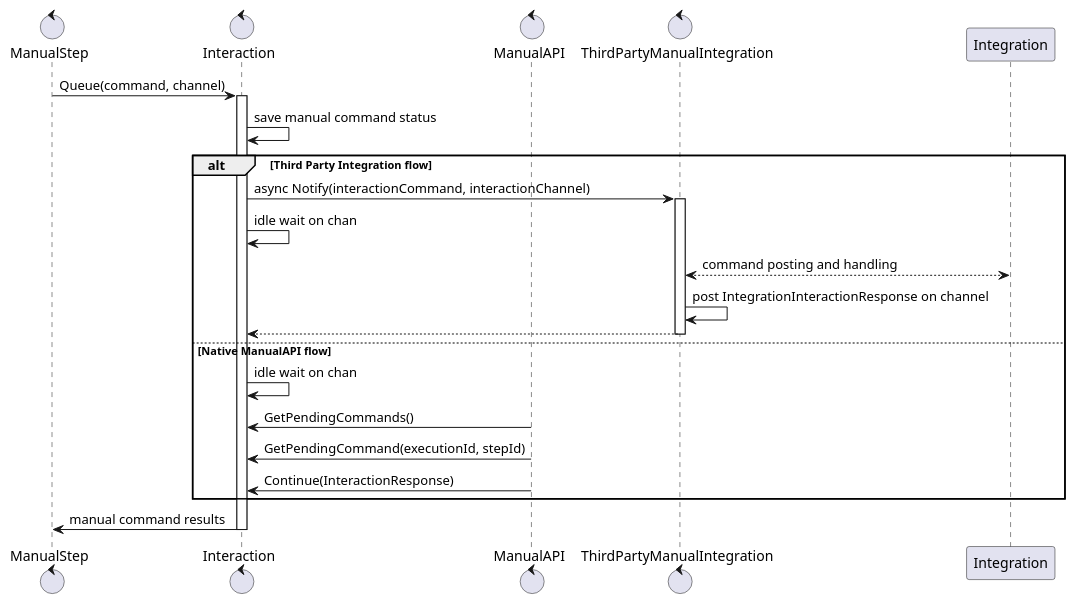
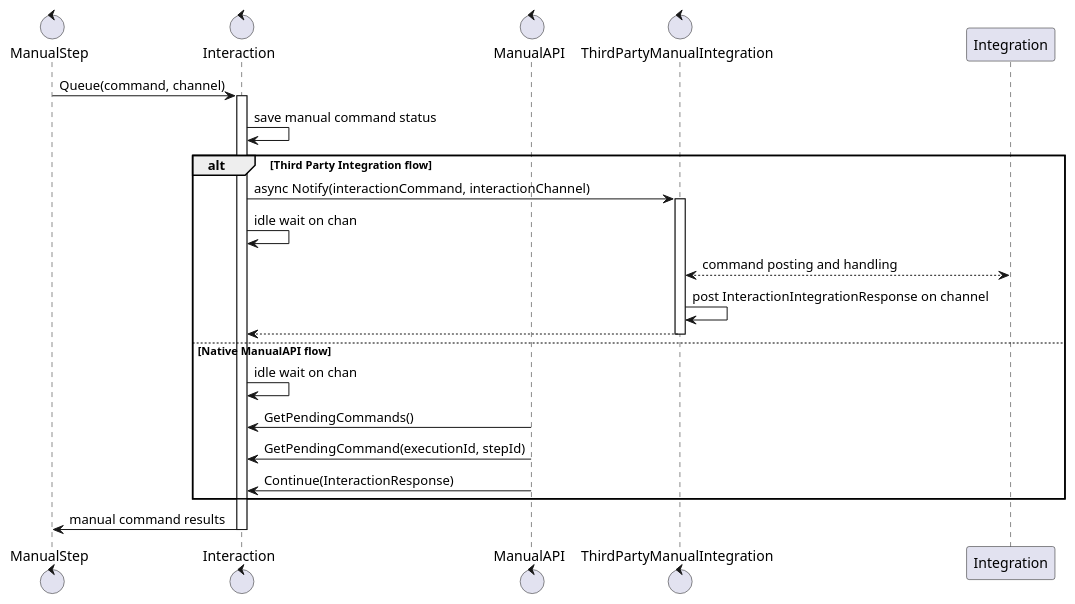
One commit to COSSAS/SOARCA changed the second of 2 diagrams in docs/content/en/docs/core-components/modules.md. Above: the diagram before and after it, drawn with PlantUML. The commit also changed other lines of this file and 4 other files, not shown here.

````diff
--- a/docs/content/en/docs/core-components/modules.md
+++ b/docs/content/en/docs/core-components/modules.md
@@ -395,32 +395,32 @@
 ```plantuml
 @startuml
 control "ManualStep" as manual
 control "Interaction" as interaction
 control "ManualAPI" as api
 control "ThirdPartyManualIntegration" as 3ptool
 
 
 manual -> interaction : Queue(command, channel)
 activate interaction
 interaction -> interaction : save manual command status
 alt Third Party Integration flow
 interaction -> 3ptool : async Notify(interactionCommand, interactionChannel)
 activate 3ptool
 interaction -> interaction : idle wait on chan
 
 3ptool <--> Integration : command posting and handling
-3ptool -> 3ptool : post IntegrationInteractionResponse on channel
+3ptool -> 3ptool : post InteractionIntegrationResponse on channel
 3ptool --> interaction
 deactivate 3ptool
 else Native ManualAPI flow
 interaction -> interaction : idle wait on chan
 api -> interaction : GetPendingCommands()
 api -> interaction : GetPendingCommand(executionId, stepId)
 api -> interaction : Continue(InteractionResponse)
 end
 
 interaction -> manual : manual command results
 deactivate interaction
 
 @enduml
 ```
````
